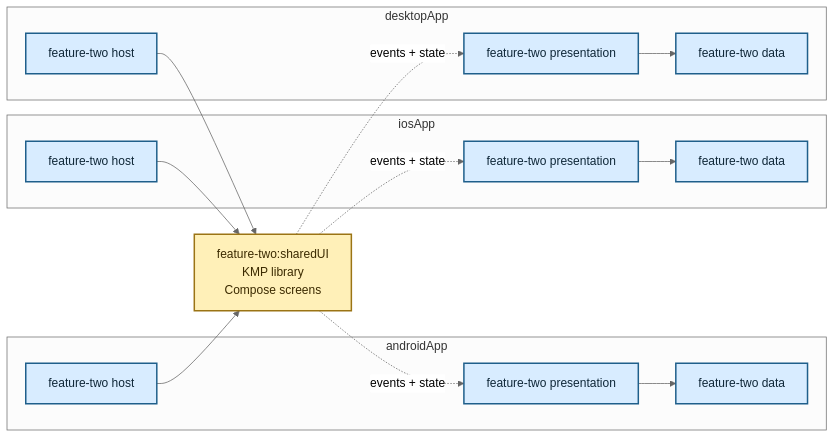
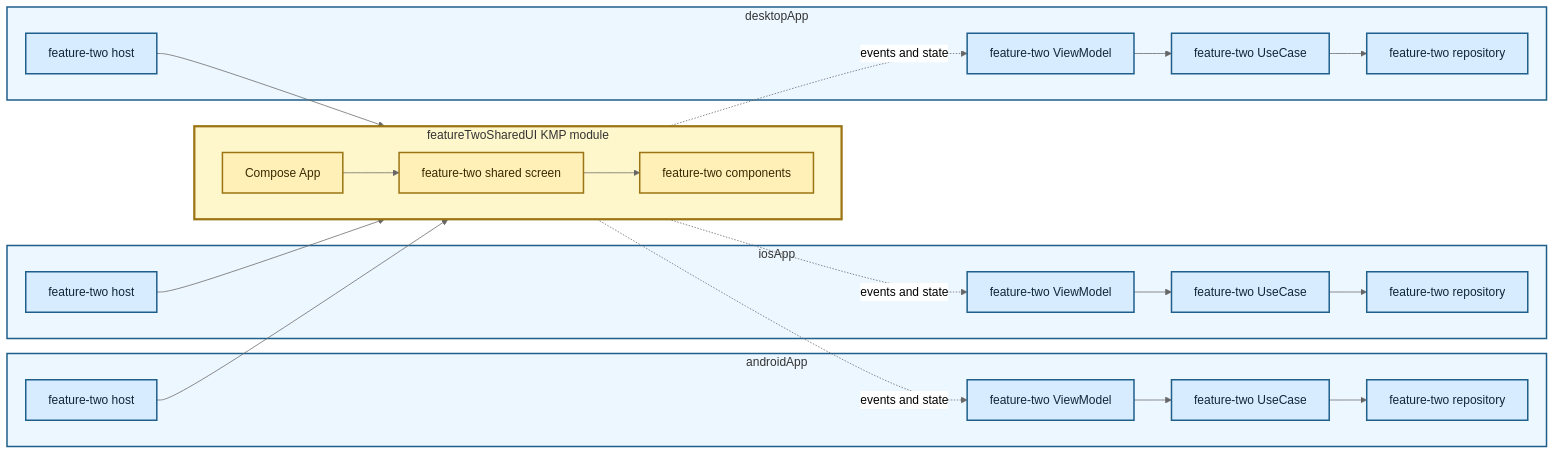
One commit to TheSetox/kmp-sample-diagrams changed the diagram in diagrams/12-modular-kmp-ui-layer.md. Above: the diagram before and after it, drawn with Mermaid (neutral theme). The commit also changed 18 other files, not shown here.

Commit message:
docs: clarify kmp and native diagram boundaries

````diff
--- a/diagrams/12-modular-kmp-ui-layer.md
+++ b/diagrams/12-modular-kmp-ui-layer.md
@@ -5,37 +5,50 @@
 ```mermaid
 flowchart LR
-  SharedF2UI["feature-two:sharedUI\nKMP library\nCompose screens"]
-
   subgraph Android["androidApp"]
     AHost["feature-two host"]
-    AP["feature-two presentation"]
-    AD["feature-two data"]
-    AP --> AD
+    AVM["feature-two ViewModel"]
+    AUseCase["feature-two UseCase"]
+    ARepository["feature-two repository"]
+    AVM --> AUseCase --> ARepository
   end
 
   subgraph IOS["iosApp"]
     IHost["feature-two host"]
-    IP["feature-two presentation"]
-    ID["feature-two data"]
-    IP --> ID
+    IVM["feature-two ViewModel"]
+    IUseCase["feature-two UseCase"]
+    IRepository["feature-two repository"]
+    IVM --> IUseCase --> IRepository
   end
 
   subgraph Desktop["desktopApp"]
     DHost["feature-two host"]
-    DP["feature-two presentation"]
-    DD["feature-two data"]
-    DP --> DD
+    DVM["feature-two ViewModel"]
+    DUseCase["feature-two UseCase"]
+    DRepository["feature-two repository"]
+    DVM --> DUseCase --> DRepository
   end
 
-  AHost --> SharedF2UI
-  IHost --> SharedF2UI
-  DHost --> SharedF2UI
-  SharedF2UI -. "events + state" .-> AP
-  SharedF2UI -. "events + state" .-> IP
-  SharedF2UI -. "events + state" .-> DP
+  subgraph KMP["featureTwoSharedUI KMP module"]
+    direction LR
+    App["Compose App"]
+    Screen["feature-two shared screen"]
+    Components["feature-two components"]
+    App --> Screen --> Components
+  end
+
+  AHost --> App
+  IHost --> App
+  DHost --> App
+  Screen -. "events and state" .-> AVM
+  Screen -. "events and state" .-> IVM
+  Screen -. "events and state" .-> DVM
 
   classDef app fill:#d8ecff,stroke:#1f5f8b,color:#0f2738,stroke-width:2px;
-  classDef shared fill:#fff0b8,stroke:#9b7415,color:#3b2a00,stroke-width:2px;
-  class AHost,AP,AD,IHost,IP,ID,DHost,DP,DD app;
-  class SharedF2UI shared;
+  classDef kmp fill:#fff0b8,stroke:#9b7415,color:#3b2a00,stroke-width:2px;
+  class AHost,AVM,AUseCase,ARepository,IHost,IVM,IUseCase,IRepository,DHost,DVM,DUseCase,DRepository app;
+  class App,Screen,Components kmp;
+  style Android fill:#edf7ff,stroke:#1f5f8b,stroke-width:2px
+  style IOS fill:#edf7ff,stroke:#1f5f8b,stroke-width:2px
+  style Desktop fill:#edf7ff,stroke:#1f5f8b,stroke-width:2px
+  style KMP fill:#fff7cc,stroke:#9b7415,stroke-width:3px
 ```
````
